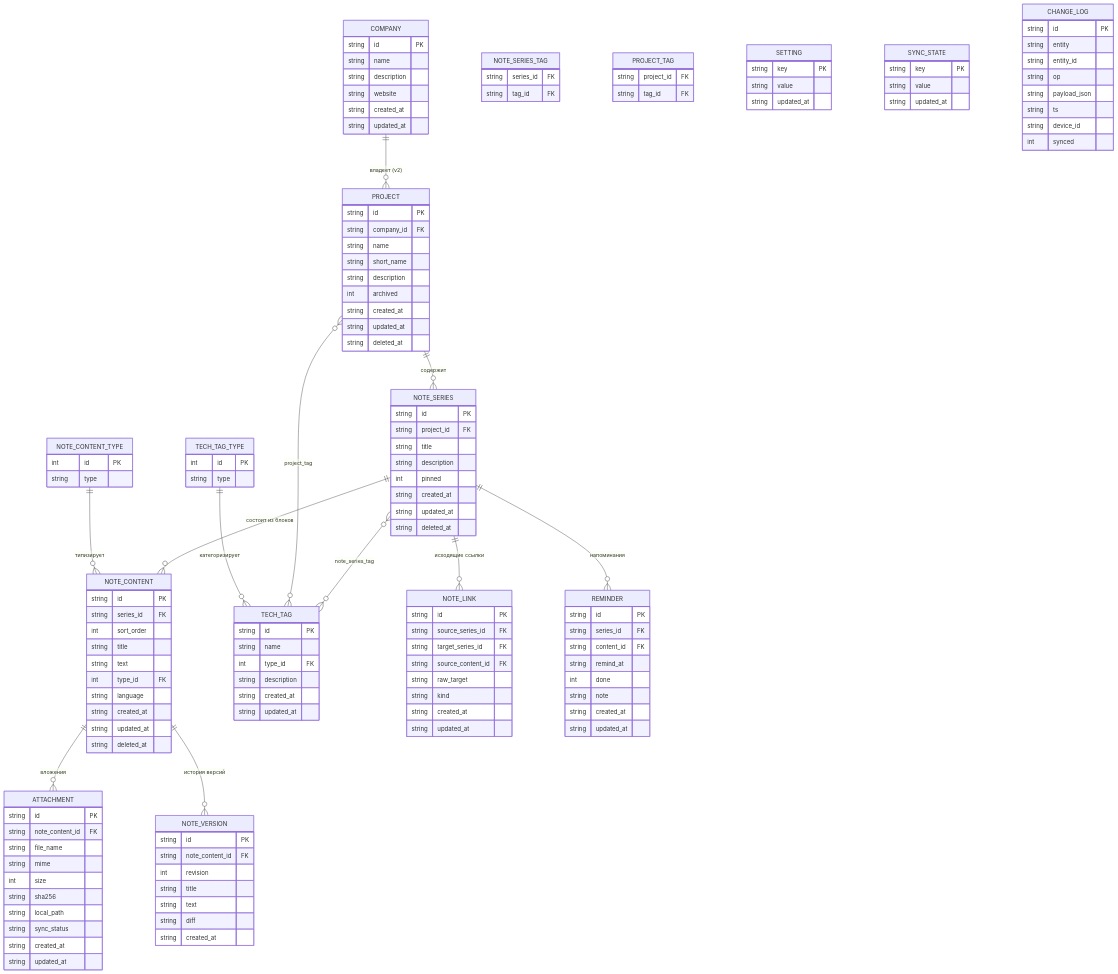
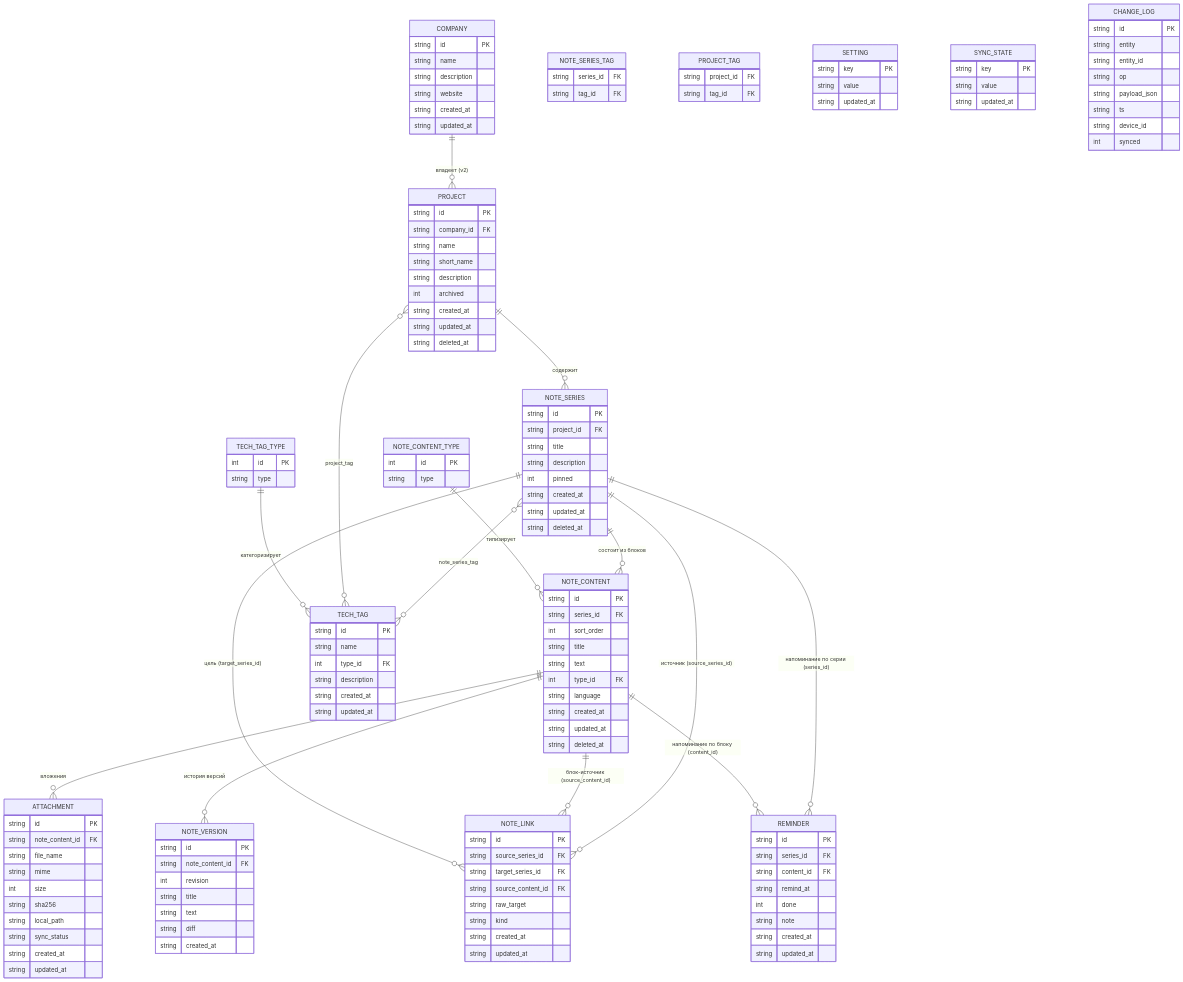
One commit to Mafiozist/Mafiozist changed the diagram in DevNotes/docs/05-DATA-MODEL.md. Above: the diagram before and after it, drawn with Mermaid. The commit also changed other lines of this file and 9 other files, not shown here.

```diff
--- a/DevNotes/docs/05-DATA-MODEL.md
+++ b/DevNotes/docs/05-DATA-MODEL.md
@@ -105,8 +113,11 @@
     TECH_TAG_TYPE ||--o{ TECH_TAG : "категоризирует"
     NOTE_CONTENT ||--o{ ATTACHMENT : "вложения"
     NOTE_CONTENT ||--o{ NOTE_VERSION : "история версий"
-    NOTE_SERIES ||--o{ NOTE_LINK : "исходящие ссылки"
-    NOTE_SERIES ||--o{ REMINDER : "напоминания"
+    NOTE_SERIES ||--o{ NOTE_LINK : "источник (source_series_id)"
+    NOTE_CONTENT ||--o{ NOTE_LINK : "блок-источник (source_content_id)"
+    NOTE_SERIES ||--o{ NOTE_LINK : "цель (target_series_id)"
+    NOTE_SERIES ||--o{ REMINDER : "напоминание по серии (series_id)"
+    NOTE_CONTENT ||--o{ REMINDER : "напоминание по блоку (content_id)"
 
     COMPANY {
         string id PK
```
